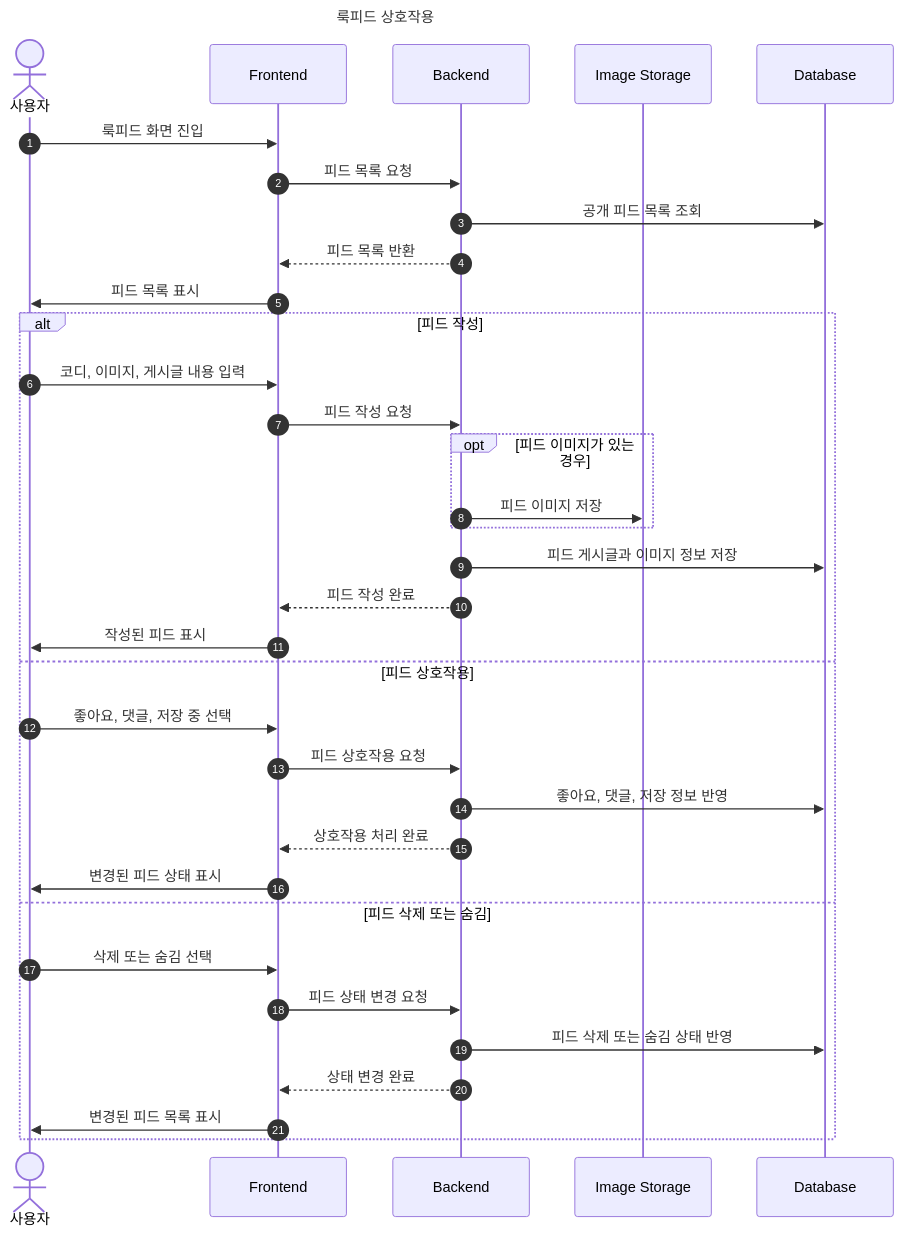
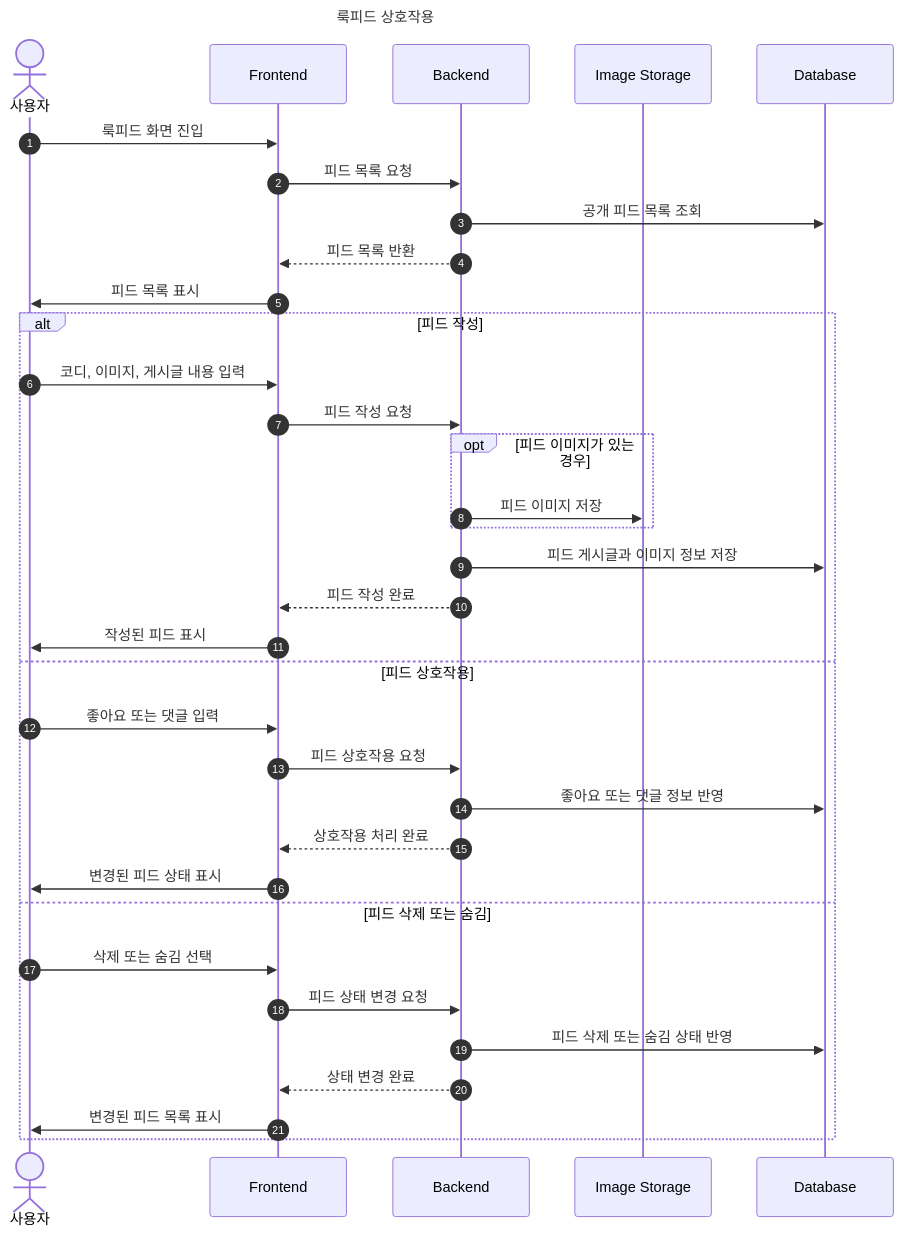
One commit to prgrms-aibe-devcourse/AIBE5_FinalProject_Team4_BE changed the sixth of 6 diagrams in docs/architecture/sequence-diagrams.md. Above: the diagram before and after it, drawn with Mermaid. The commit also changed other lines of this file and 8 other files, not shown here.

````diff
--- a/docs/architecture/sequence-diagrams.md
+++ b/docs/architecture/sequence-diagrams.md
@@ -226,40 +226,40 @@
 ```mermaid
 sequenceDiagram
   title 룩피드 상호작용
   autonumber
 
   actor User as 사용자
   participant FE as Frontend
   participant BE as Backend
   participant Image as Image Storage
   participant DB as Database
 
   User->>FE: 룩피드 화면 진입
   FE->>BE: 피드 목록 요청
   BE->>DB: 공개 피드 목록 조회
   BE-->>FE: 피드 목록 반환
   FE->>User: 피드 목록 표시
 
   alt 피드 작성
     User->>FE: 코디, 이미지, 게시글 내용 입력
     FE->>BE: 피드 작성 요청
     opt 피드 이미지가 있는 경우
       BE->>Image: 피드 이미지 저장
     end
     BE->>DB: 피드 게시글과 이미지 정보 저장
     BE-->>FE: 피드 작성 완료
     FE->>User: 작성된 피드 표시
   else 피드 상호작용
-    User->>FE: 좋아요, 댓글, 저장 중 선택
+    User->>FE: 좋아요 또는 댓글 입력
     FE->>BE: 피드 상호작용 요청
-    BE->>DB: 좋아요, 댓글, 저장 정보 반영
+    BE->>DB: 좋아요 또는 댓글 정보 반영
     BE-->>FE: 상호작용 처리 완료
     FE->>User: 변경된 피드 상태 표시
   else 피드 삭제 또는 숨김
     User->>FE: 삭제 또는 숨김 선택
     FE->>BE: 피드 상태 변경 요청
     BE->>DB: 피드 삭제 또는 숨김 상태 반영
     BE-->>FE: 상태 변경 완료
     FE->>User: 변경된 피드 목록 표시
   end
 ```
````
